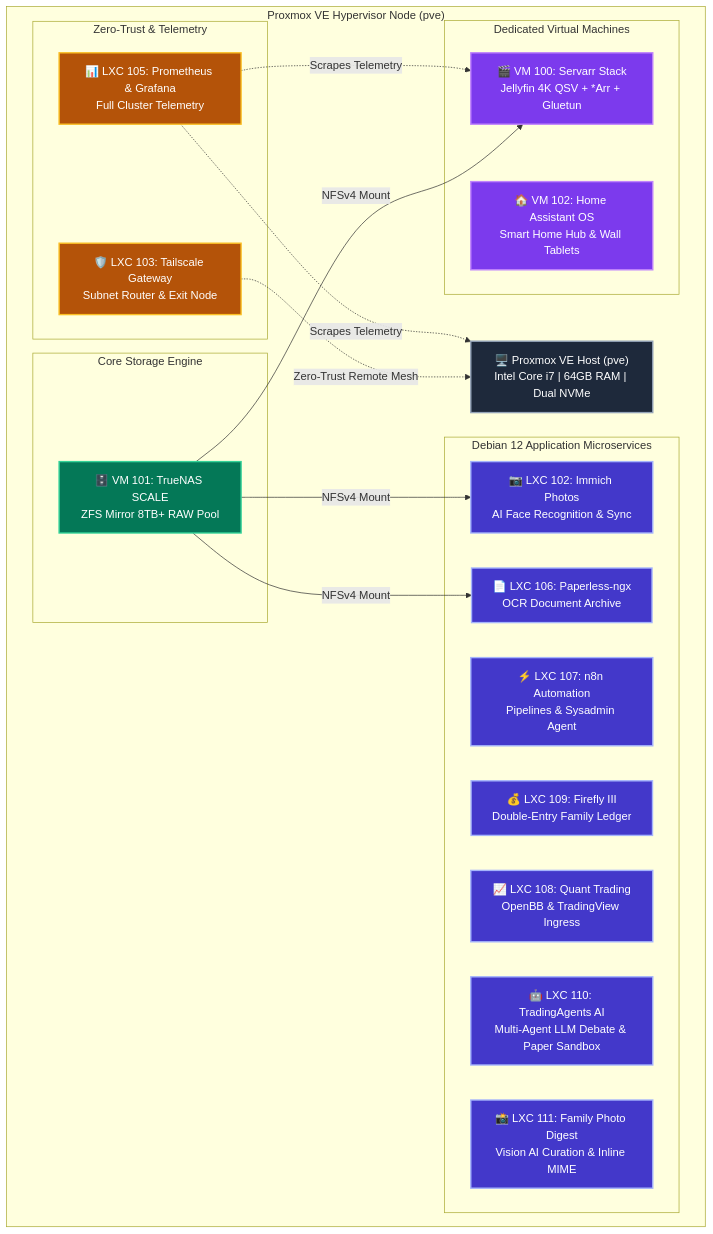
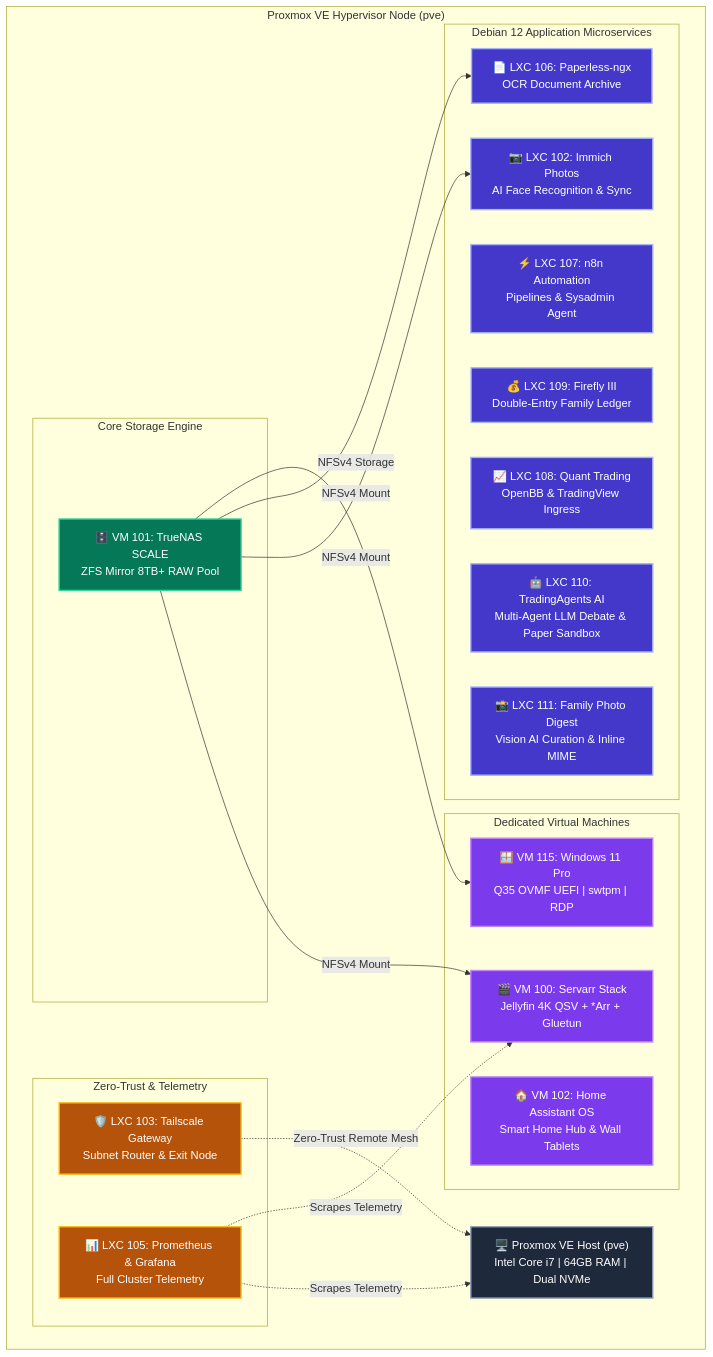
The diagram in README.md (nishilshah/homelab-blueprints), drawn with Mermaid before and after one commit. The commit also changed other lines of this file and 1 other file, not shown here.

Commit message:
feat(windows-11): add Windows 11 Pro 26H2 VM 115 architecture blueprint

````diff
--- a/README.md
+++ b/README.md
@@ -26,43 +26,45 @@
 ```mermaid
 flowchart TD
     classDef host fill:#1e293b,stroke:#94a3b8,stroke-width:2px,color:#ffffff;
     classDef storage fill:#047857,stroke:#34d399,stroke-width:2px,color:#ffffff;
     classDef net fill:#b45309,stroke:#fbbf24,stroke-width:2px,color:#ffffff;
     classDef lxc fill:#4338ca,stroke:#a5b4fc,stroke-width:2px,color:#ffffff;
     classDef vm fill:#7c3aed,stroke:#c084fc,stroke-width:2px,color:#ffffff;
 
     subgraph Hypervisor ["Proxmox VE Hypervisor Node (pve)"]
         PVE["🖥️ Proxmox VE Host (pve)<br/>Intel Core i7 | 64GB RAM | Dual NVMe"]:::host
         
         subgraph StorageCore ["Core Storage Engine"]
             TrueNAS["🗄️ VM 101: TrueNAS SCALE<br/>ZFS Mirror 8TB+ RAW Pool"]:::storage
         end
 
         subgraph NetworkAccess ["Zero-Trust & Telemetry"]
             Tailscale["🛡️ LXC 103: Tailscale Gateway<br/>Subnet Router & Exit Node"]:::net
             Monitoring["📊 LXC 105: Prometheus & Grafana<br/>Full Cluster Telemetry"]:::net
         end
 
         subgraph CoreLXCs ["Debian 12 Application Microservices"]
             Immich["📷 LXC 102: Immich Photos<br/>AI Face Recognition & Sync"]:::lxc
             Paperless["📄 LXC 106: Paperless-ngx<br/>OCR Document Archive"]:::lxc
             N8N["⚡ LXC 107: n8n Automation<br/>Pipelines & Sysadmin Agent"]:::lxc
             Firefly["💰 LXC 109: Firefly III<br/>Double-Entry Family Ledger"]:::lxc
             Quant["📈 LXC 108: Quant Trading<br/>OpenBB & TradingView Ingress"]:::lxc
             TradingAgents["🤖 LXC 110: TradingAgents AI<br/>Multi-Agent LLM Debate & Paper Sandbox"]:::lxc
             Digest["📸 LXC 111: Family Photo Digest<br/>Vision AI Curation & Inline MIME"]:::lxc
         end
 
         subgraph DedicatedVMs ["Dedicated Virtual Machines"]
             MediaStack["🎬 VM 100: Servarr Stack<br/>Jellyfin 4K QSV + *Arr + Gluetun"]:::vm
             HA["🏠 VM 102: Home Assistant OS<br/>Smart Home Hub & Wall Tablets"]:::vm
+            WinVM["🪟 VM 115: Windows 11 Pro<br/>Q35 OVMF UEFI | swtpm | RDP"]:::vm
         end
     end
 
     TrueNAS -->|NFSv4 Mount| MediaStack
     TrueNAS -->|NFSv4 Mount| Immich
     TrueNAS -->|NFSv4 Mount| Paperless
+    TrueNAS -->|NFSv4 Storage| WinVM
     Tailscale -.->|Zero-Trust Remote Mesh| PVE
     Monitoring -.->|Scrapes Telemetry| PVE
     Monitoring -.->|Scrapes Telemetry| MediaStack
 ```
````
